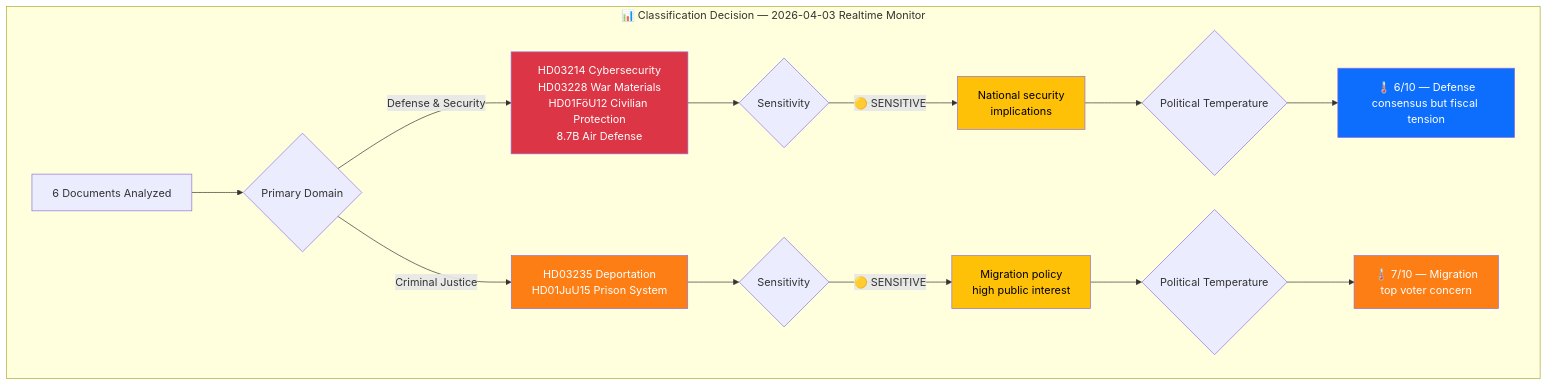
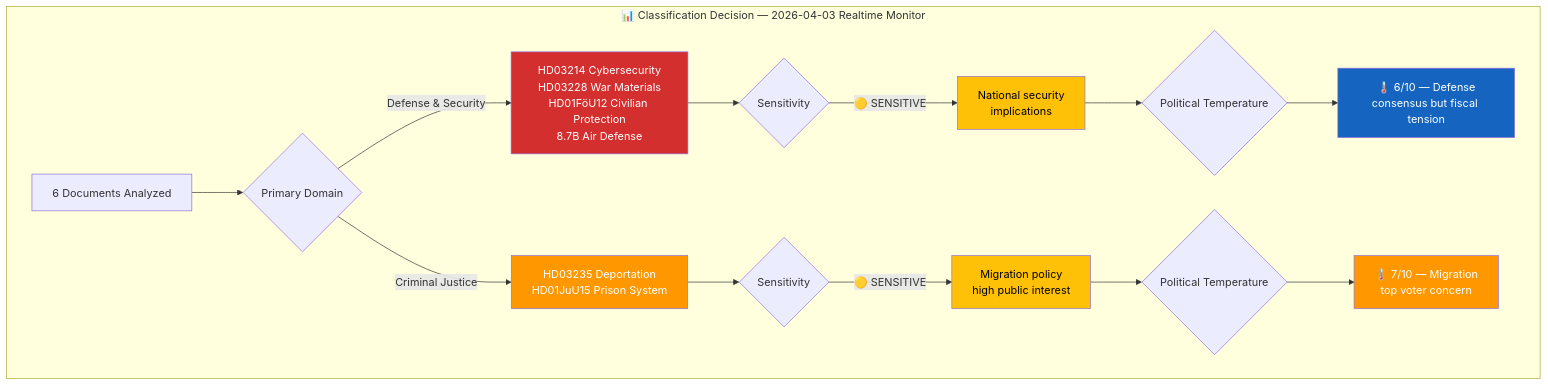
Before and after one commit to Hack23/riksdagsmonitor: the diagram in analysis/daily/2026-04-03/realtime-1018/classification-results.md, drawn with Mermaid. The commit also changed 785 other files, not shown here.

First line of the commit message:
Normalize mermaid colors across 786 analysis artifacts to ISMS Style Guide palette

````diff
--- a/analysis/daily/2026-04-03/realtime-1018/classification-results.md
+++ b/analysis/daily/2026-04-03/realtime-1018/classification-results.md
@@ -20,27 +20,27 @@
 ```mermaid
 graph TD
     subgraph "📊 Classification Decision — 2026-04-03 Realtime Monitor"
         A["6 Documents Analyzed"] --> B{Primary Domain}
         B -->|"Defense & Security"| C["HD03214 Cybersecurity<br/>HD03228 War Materials<br/>HD01FöU12 Civilian Protection<br/>8.7B Air Defense"]
         B -->|"Criminal Justice"| D["HD03235 Deportation<br/>HD01JuU15 Prison System"]
 
         C --> E{Sensitivity}
         E -->|"🟡 SENSITIVE"| F["National security<br/>implications"]
 
         D --> G{Sensitivity}
         G -->|"🟡 SENSITIVE"| H["Migration policy<br/>high public interest"]
 
         F --> I{Political Temperature}
         I --> J["🌡️ 6/10 — Defense<br/>consensus but fiscal tension"]
 
         H --> K{Political Temperature}
         K --> L["🌡️ 7/10 — Migration<br/>top voter concern"]
     end
 
-    style C fill:#dc3545,color:#fff
-    style D fill:#fd7e14,color:#fff
-    style F fill:#ffc107,color:#000
-    style H fill:#ffc107,color:#000
-    style J fill:#0d6efd,color:#fff
-    style L fill:#fd7e14,color:#fff
+    style C fill:#D32F2F,color:#FFFFFF
+    style D fill:#FF9800,color:#FFFFFF
+    style F fill:#FFC107,color:#000000
+    style H fill:#FFC107,color:#000000
+    style J fill:#1565C0,color:#FFFFFF
+    style L fill:#FF9800,color:#FFFFFF
 ```
````
